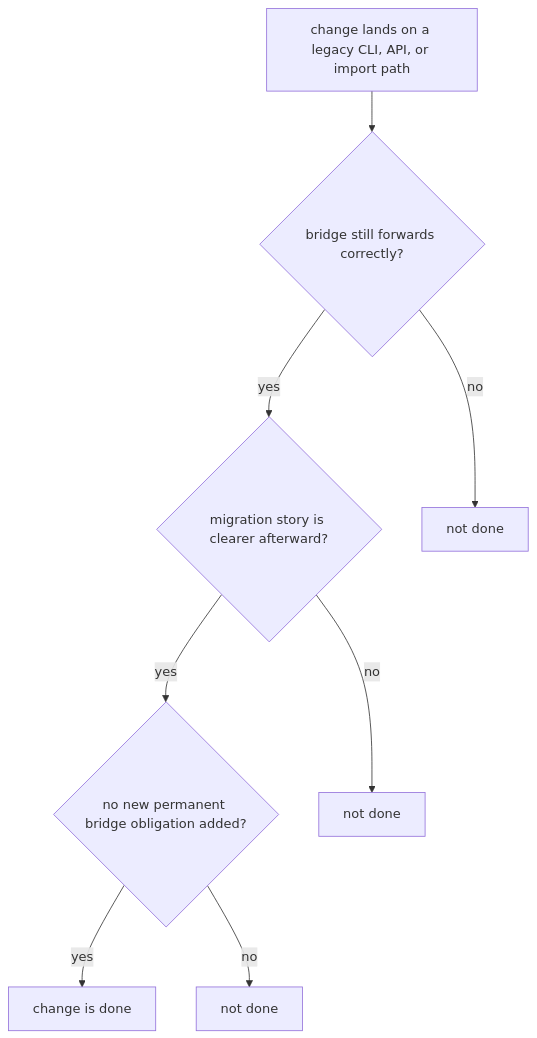
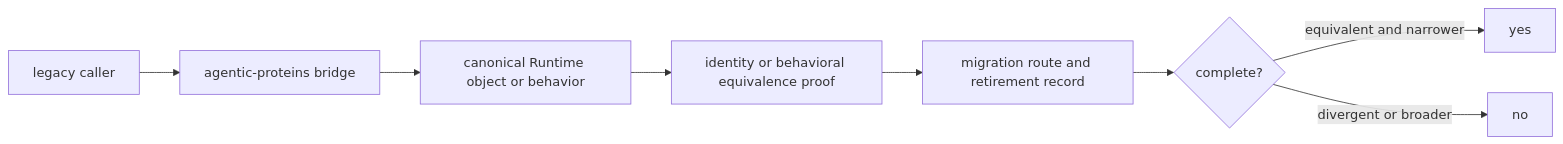
One commit to bijux/bijux-proteomics changed the diagram in docs/02-agentic-proteins/quality/definition-of-done.md. Above: the diagram before and after it, drawn with Mermaid. The commit also changed other lines of this file and 2 other files, not shown here.

Commit message:
docs(compatibility): define bridge quality evidence

````diff
--- a/docs/02-agentic-proteins/quality/definition-of-done.md
+++ b/docs/02-agentic-proteins/quality/definition-of-done.md
@@ -18,16 +29,10 @@
 ```mermaid
-flowchart TB
-    change["change lands on a legacy CLI, API, or import path"]
-    forwarding{"bridge still forwards correctly?"}
-    migration{"migration story is clearer afterward?"}
-    retirement{"no new permanent bridge obligation added?"}
-    done["change is done"]
-
-    change --> forwarding
-    forwarding -->|yes| migration
-    forwarding -->|no| block1["not done"]
-    migration -->|yes| retirement
-    migration -->|no| block2["not done"]
-    retirement -->|yes| done
-    retirement -->|no| block3["not done"]
+flowchart LR
+    C["legacy caller"] --> B["agentic-proteins bridge"]
+    B --> R["canonical Runtime object or behavior"]
+    R --> E["identity or behavioral equivalence proof"]
+    E --> M["migration route and retirement record"]
+    M --> D{"complete?"}
+    D -->|equivalent and narrower| Y["yes"]
+    D -->|divergent or broader| N["no"]
 ```
````
